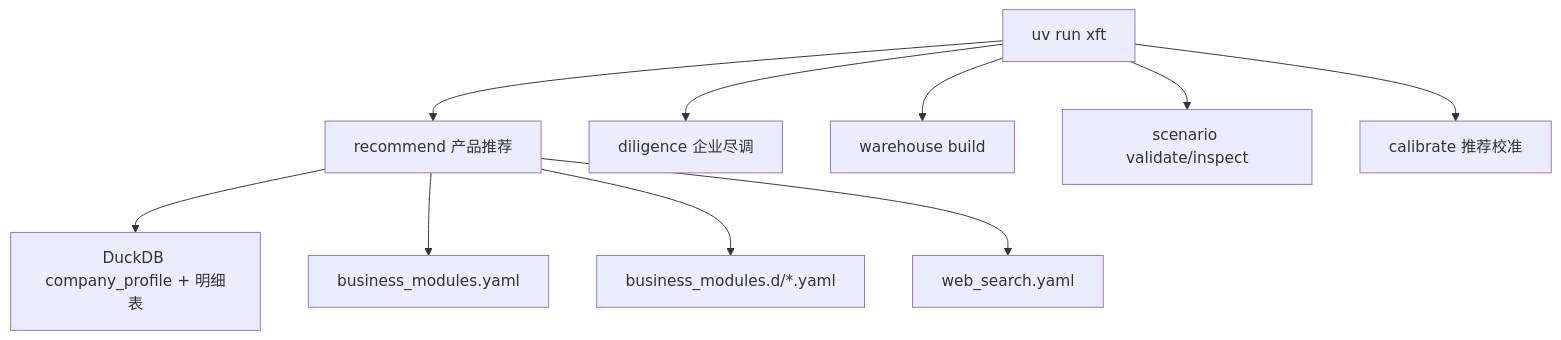
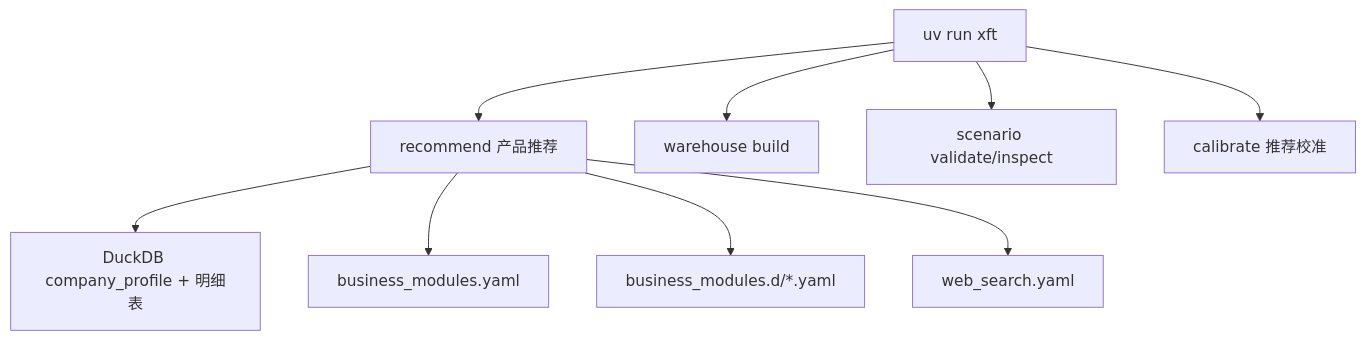
Before and after one commit to leeing/xft-dd: the first of 3 diagrams in docs/ARCHITECTURE.md, drawn with Mermaid. The commit also changed other lines of this file and 7 other files, not shown here.

````diff
--- a/docs/ARCHITECTURE.md
+++ b/docs/ARCHITECTURE.md
@@ -7,13 +7,12 @@
 ```mermaid
 flowchart TB
     cli["uv run xft"] --> recommend["recommend 产品推荐"]
-    cli --> diligence["diligence 企业尽调"]
     cli --> warehouse["warehouse build"]
     cli --> scenario["scenario validate/inspect"]
     cli --> calibrate["calibrate 推荐校准"]
 
     recommend --> wh["DuckDB company_profile + 明细表"]
     recommend --> bizroot["business_modules.yaml"]
     recommend --> bizdir["business_modules.d/*.yaml"]
     recommend --> webconf["web_search.yaml"]
 ```
````
